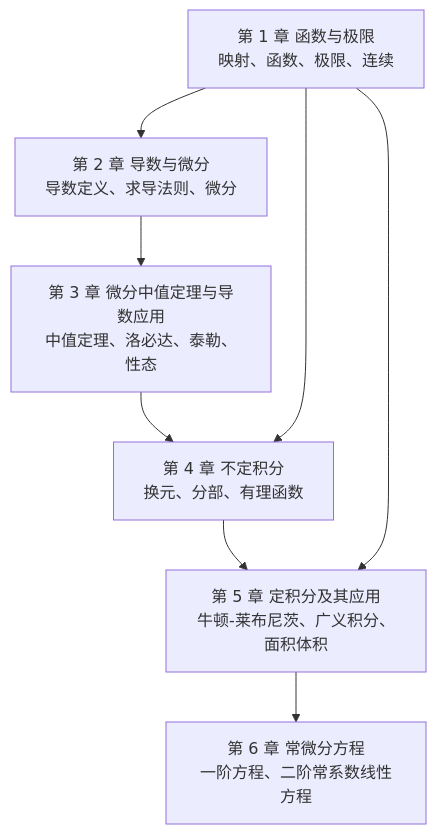
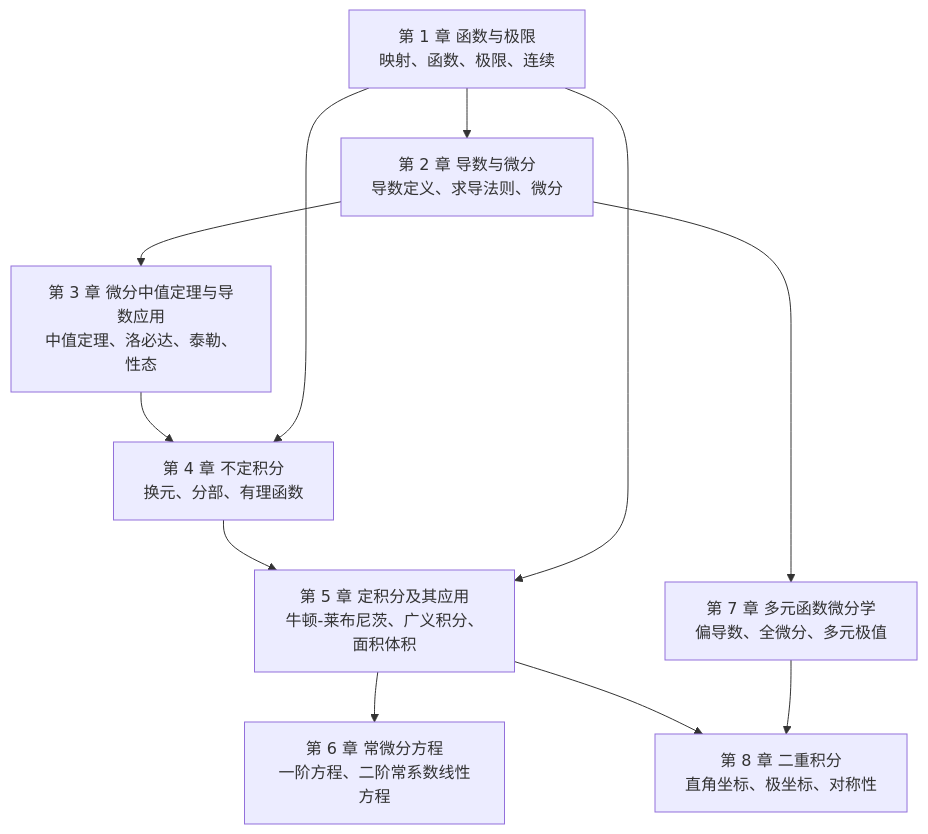
Before and after one commit to belos-street/kb-vault: the diagram in src/mathematics/calculus/readme.md, drawn with Mermaid. The commit also changed other lines of this file and 27 other files, not shown here.

````diff
--- a/src/mathematics/calculus/readme.md
+++ b/src/mathematics/calculus/readme.md
@@ -27,10 +27,13 @@
 ```mermaid
 graph TB
     A["第 1 章 函数与极限<br/>映射、函数、极限、连续"] --> B["第 2 章 导数与微分<br/>导数定义、求导法则、微分"]
     B --> C["第 3 章 微分中值定理与导数应用<br/>中值定理、洛必达、泰勒、性态"]
     C --> D["第 4 章 不定积分<br/>换元、分部、有理函数"]
     D --> E["第 5 章 定积分及其应用<br/>牛顿-莱布尼茨、广义积分、面积体积"]
     E --> F["第 6 章 常微分方程<br/>一阶方程、二阶常系数线性方程"]
+    B --> G["第 7 章 多元函数微分学<br/>偏导数、全微分、多元极值"]
+    E --> H["第 8 章 二重积分<br/>直角坐标、极坐标、对称性"]
+    G --> H
     A --> D
     A --> E
 ```
````
